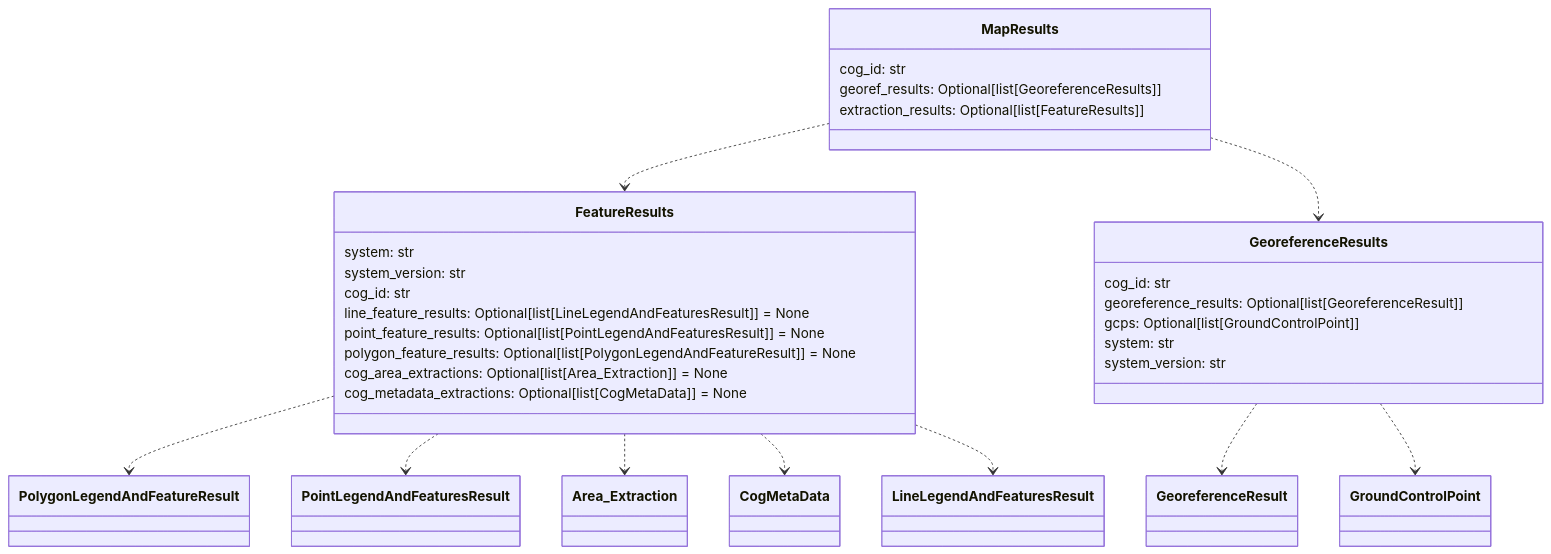
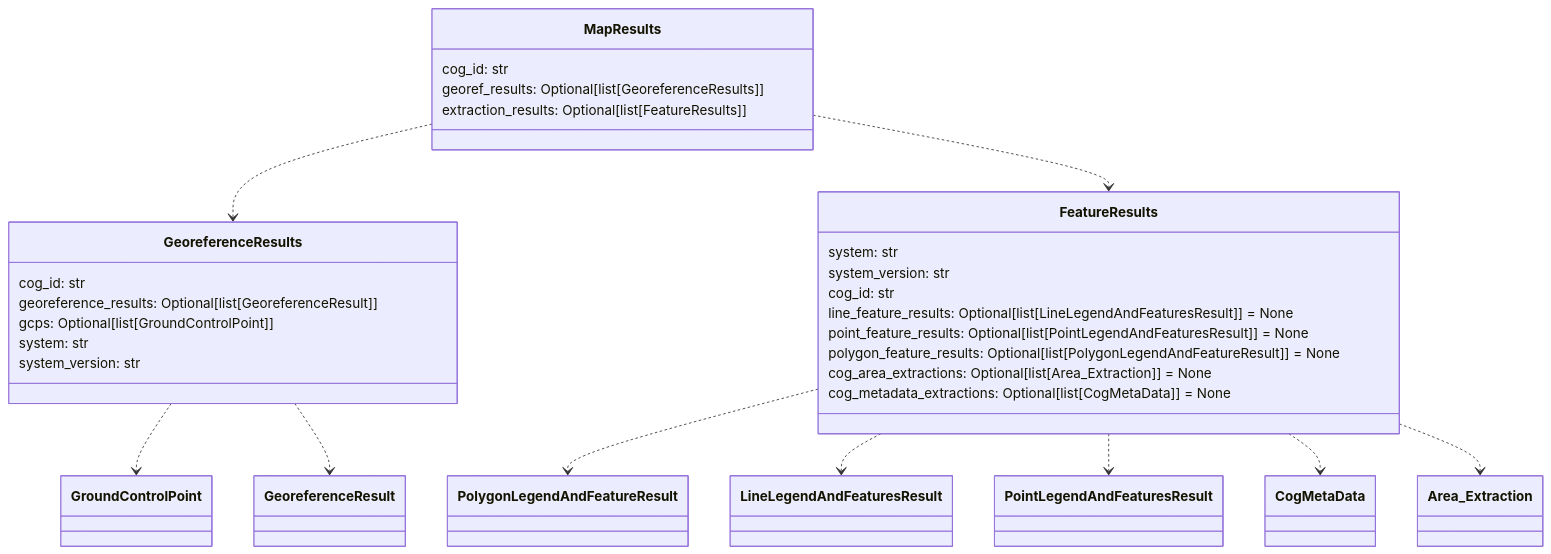
Before and after one commit to DARPA-CRITICALMAAS/cdr_schemas: diagram 11 of 12 in README.md, drawn with Mermaid. The commit also changed other lines of this file and 5 other files, not shown here.

Commit message:
Added model provence and formatted line and point features

````diff
--- a/README.md
+++ b/README.md
@@ -871,40 +905,40 @@
 ```mermaid
 classDiagram
-
-    class MapResults {
-        cog_id: str
-        georef_results: Optional[list[GeoreferenceResults]]
-        extraction_results: Optional[list[FeatureResults]]
-    }
 
     class GeoreferenceResults {
         cog_id: str
         georeference_results: Optional[list[GeoreferenceResult]]
         gcps: Optional[list[GroundControlPoint]]
         system: str
         system_version: str
+    }
+
+    class MapResults {
+        cog_id: str
+        georef_results: Optional[list[GeoreferenceResults]]
+        extraction_results: Optional[list[FeatureResults]]
     }
 
     class FeatureResults {
         system: str
         system_version: str
         cog_id: str
         line_feature_results: Optional[list[LineLegendAndFeaturesResult]] = None
         point_feature_results: Optional[list[PointLegendAndFeaturesResult]] = None
         polygon_feature_results: Optional[list[PolygonLegendAndFeatureResult]] = None
         cog_area_extractions: Optional[list[Area_Extraction]] = None
         cog_metadata_extractions: Optional[list[CogMetaData]] = None
     }
 
     FeatureResults ..> PolygonLegendAndFeatureResult
+    FeatureResults ..> LineLegendAndFeaturesResult
     FeatureResults ..> PointLegendAndFeaturesResult
+    FeatureResults ..> CogMetaData
     FeatureResults ..> Area_Extraction
-    FeatureResults ..> CogMetaData
-    FeatureResults ..> LineLegendAndFeaturesResult
+    GeoreferenceResults ..> GroundControlPoint
     GeoreferenceResults ..> GeoreferenceResult
-    GeoreferenceResults ..> GroundControlPoint
+    MapResults ..> GeoreferenceResults
     MapResults ..> FeatureResults
-    MapResults ..> GeoreferenceResults
 
 
 ```
````
